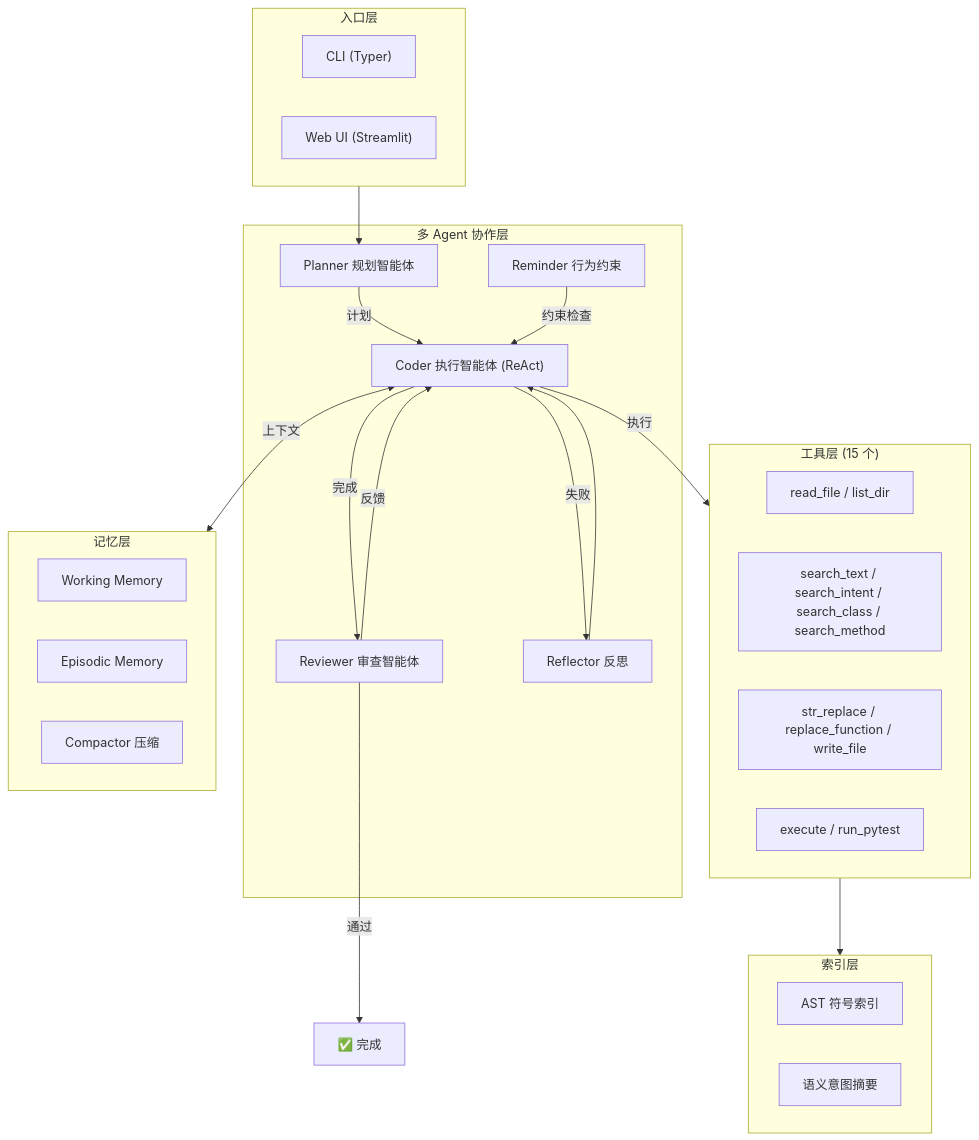
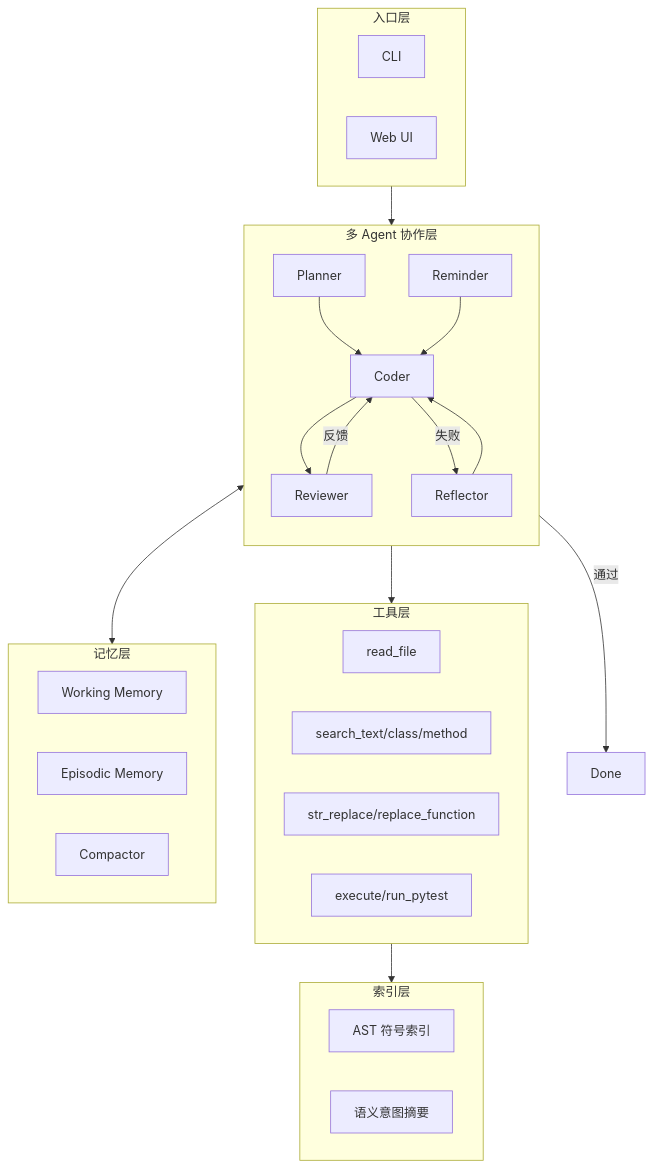
Before and after one commit to zj3515377337/Code-agent: the diagram in README.md, drawn with Mermaid.

Commit message:
修复架构图 Mermaid 渲染

````diff
--- a/README.md
+++ b/README.md
@@ -19,44 +19,46 @@
 ```mermaid
 flowchart TB
-    subgraph Entry["入口层"]
-        CLI["CLI (Typer)"]
-        WEB["Web UI (Streamlit)"]
+    subgraph Entry[入口层]
+        CLI[CLI]
+        WEB[Web UI]
     end
 
-    subgraph Agents["多 Agent 协作层"]
-        PLAN["Planner 规划智能体"]
-        CODE["Coder 执行智能体 (ReAct)"]
-        REV["Reviewer 审查智能体"]
-        REFLECT["Reflector 反思"]
-        REMIND["Reminder 行为约束"]
+    subgraph Agents[多 Agent 协作层]
+        direction TB
+        PLAN[Planner]
+        CODE[Coder]
+        REV[Reviewer]
+        REFLECT[Reflector]
+        REMIND[Reminder]
     end
 
-    subgraph Tools["工具层 (15 个)"]
-        READ["read_file / list_dir"]
-        SEARCH["search_text / search_intent / search_class / search_method"]
-        EDIT["str_replace / replace_function / write_file"]
-        EXEC["execute / run_pytest"]
+    subgraph Tools[工具层]
+        READ[read_file]
+        SEARCH[search_text/class/method]
+        EDIT[str_replace/replace_function]
+        EXEC[execute/run_pytest]
     end
 
-    subgraph Memory["记忆层"]
-        WORK["Working Memory"]
-        EPIS["Episodic Memory"]
-        COMP["Compactor 压缩"]
+    subgraph Memory[记忆层]
+        WORK[Working Memory]
+        EPIS[Episodic Memory]
+        COMP[Compactor]
     end
 
-    subgraph Index["索引层"]
-        AST["AST 符号索引"]
-        SEM["语义意图摘要"]
+    subgraph Index[索引层]
+        AST[AST 符号索引]
+        SEM[语义意图摘要]
     end
 
     Entry --> PLAN
-    PLAN -->|"计划"| CODE
-    CODE -->|"执行"| Tools
-    CODE <-->|"上下文"| Memory
-    CODE -->|"完成"| REV
-    REV -->|"通过"| Done["✅ 完成"]
-    REV -->|"反馈"| CODE
-    CODE -->|"失败"| REFLECT --> CODE
-    REMIND -->|"约束检查"| CODE
+    PLAN --> CODE
+    CODE --> Tools
+    CODE <--> Memory
+    CODE --> REV
+    REV -->|通过| Done
+    REV -->|反馈| CODE
+    CODE -->|失败| REFLECT
+    REFLECT --> CODE
+    REMIND --> CODE
     Tools --> Index
 ```
````
